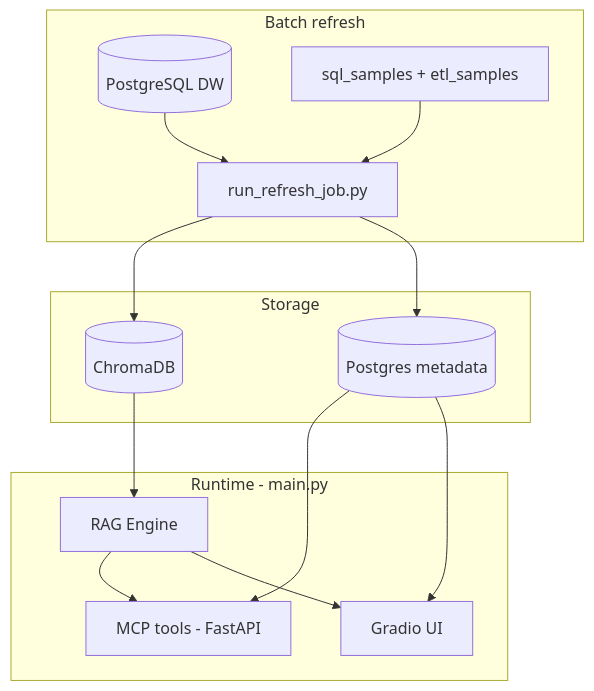
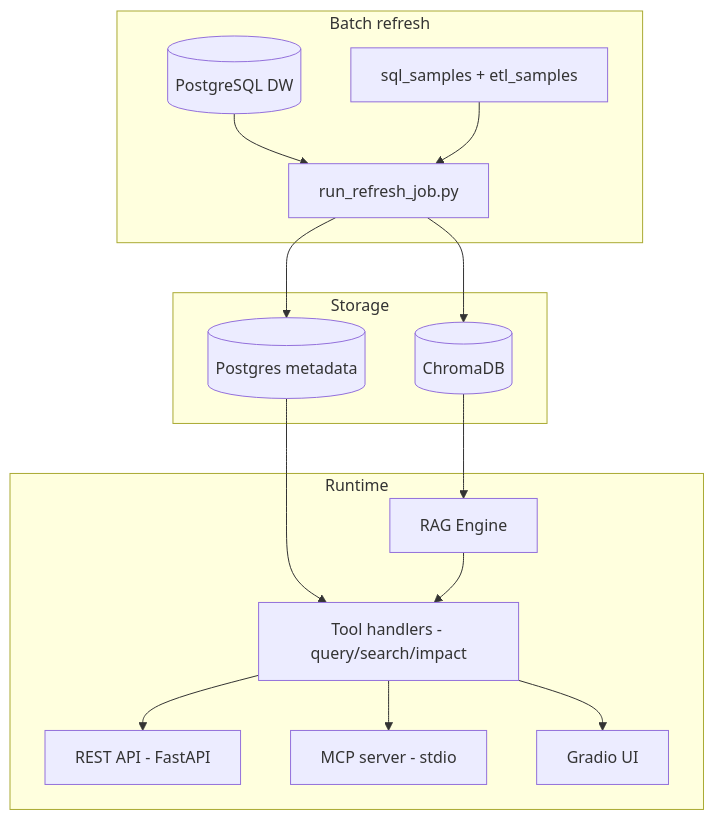
Before and after one commit to raghuram-chittibomma/data-catalog-assistant: the diagram in README.md, drawn with Mermaid. The commit also changed other lines of this file and 74 other files, not shown here.

First line of the commit message:
Add real MCP server, CI lint/coverage gates, and repo cleanup

````diff
--- a/README.md
+++ b/README.md
@@ -33,26 +33,29 @@
 ```mermaid
 flowchart TB
   subgraph ingest [Batch refresh]
     DW[(PostgreSQL DW)]
     Files[sql_samples + etl_samples]
     Job[run_refresh_job.py]
   end
   subgraph storage [Storage]
     Chroma[(ChromaDB)]
     Meta[(Postgres metadata)]
   end
-  subgraph runtime [Runtime - main.py]
+  subgraph runtime [Runtime]
     RAG[RAG Engine]
-    Tools[MCP tools - FastAPI]
+    Handlers[Tool handlers - query/search/impact]
+    REST[REST API - FastAPI]
+    MCP[MCP server - stdio]
     UI[Gradio UI]
   end
   DW --> Job
   Files --> Job
   Job --> Chroma
   Job --> Meta
   Chroma --> RAG
-  Meta --> Tools
-  Meta --> UI
-  RAG --> Tools
-  RAG --> UI
+  Meta --> Handlers
+  RAG --> Handlers
+  Handlers --> REST
+  Handlers --> MCP
+  Handlers --> UI
 ```
````
